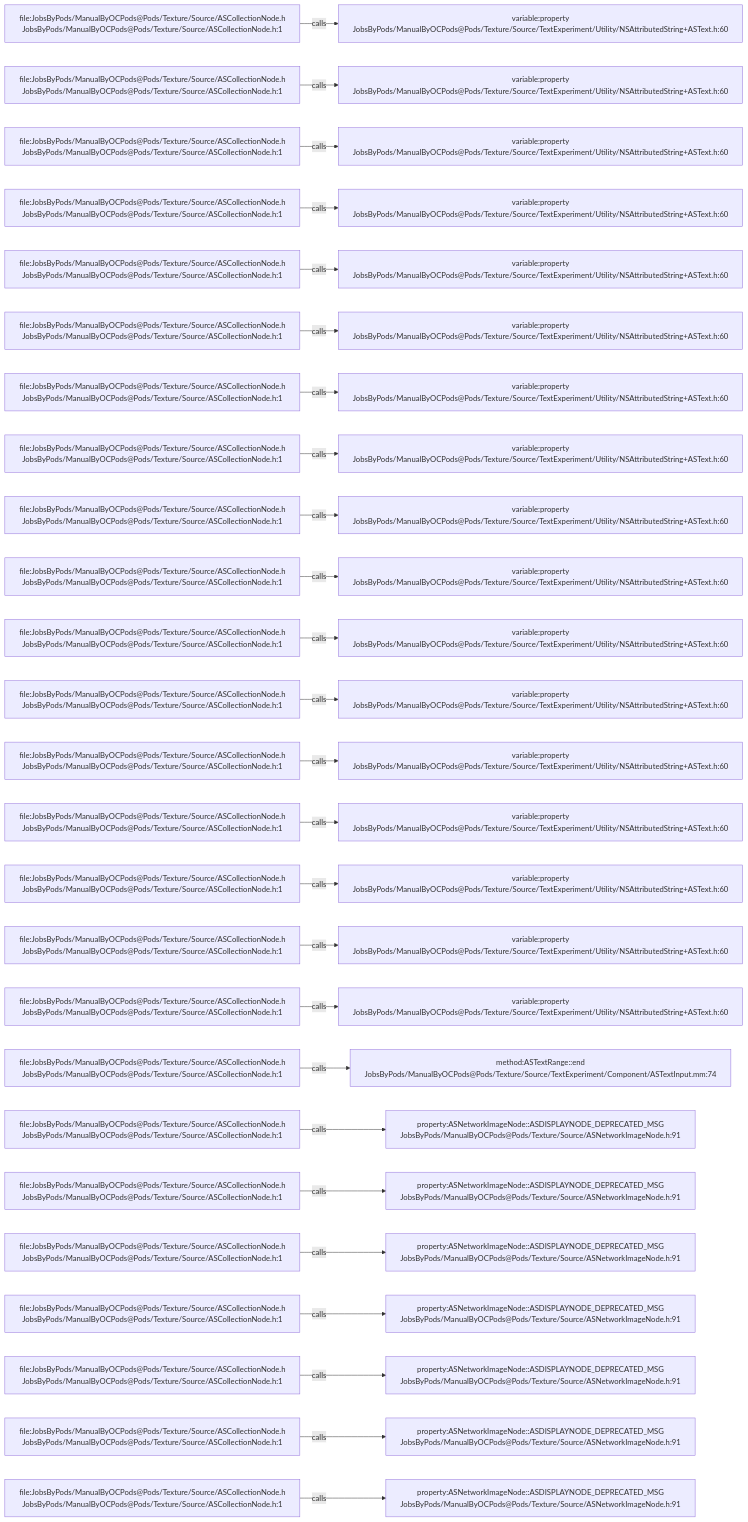
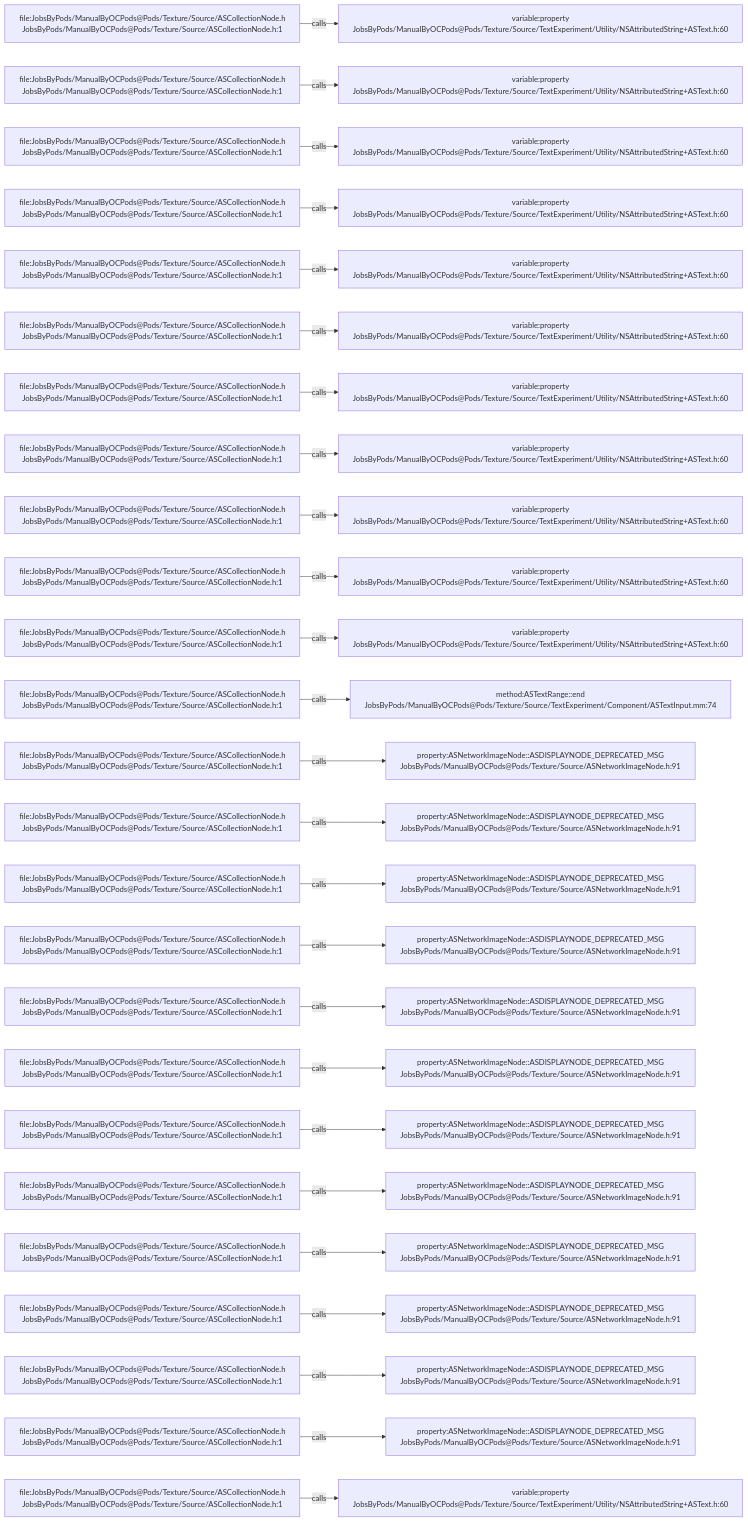
Before and after one commit to JobsKits/JobsOCBaseConfigDemo: the diagram in .codegraph/codegraph.md/graphs/calls-067.md, drawn with Mermaid. The commit also changed 666 other files, not shown here.

````diff
--- a/.codegraph/codegraph.md/graphs/calls-067.md
+++ b/.codegraph/codegraph.md/graphs/calls-067.md
@@ -13,78 +13,78 @@
 ```mermaid
 flowchart LR
   S1["file:JobsByPods/ManualByOCPods@Pods/Texture/Source/ASCollectionNode.h<br/>JobsByPods/ManualByOCPods@Pods/Texture/Source/ASCollectionNode.h:1"]
   T1["variable:property<br/>JobsByPods/ManualByOCPods@Pods/Texture/Source/TextExperiment/Utility/NSAttributedString+ASText.h:60"]
   S1 -->|calls| T1
   S2["file:JobsByPods/ManualByOCPods@Pods/Texture/Source/ASCollectionNode.h<br/>JobsByPods/ManualByOCPods@Pods/Texture/Source/ASCollectionNode.h:1"]
   T2["variable:property<br/>JobsByPods/ManualByOCPods@Pods/Texture/Source/TextExperiment/Utility/NSAttributedString+ASText.h:60"]
   S2 -->|calls| T2
   S3["file:JobsByPods/ManualByOCPods@Pods/Texture/Source/ASCollectionNode.h<br/>JobsByPods/ManualByOCPods@Pods/Texture/Source/ASCollectionNode.h:1"]
   T3["variable:property<br/>JobsByPods/ManualByOCPods@Pods/Texture/Source/TextExperiment/Utility/NSAttributedString+ASText.h:60"]
   S3 -->|calls| T3
   S4["file:JobsByPods/ManualByOCPods@Pods/Texture/Source/ASCollectionNode.h<br/>JobsByPods/ManualByOCPods@Pods/Texture/Source/ASCollectionNode.h:1"]
   T4["variable:property<br/>JobsByPods/ManualByOCPods@Pods/Texture/Source/TextExperiment/Utility/NSAttributedString+ASText.h:60"]
   S4 -->|calls| T4
   S5["file:JobsByPods/ManualByOCPods@Pods/Texture/Source/ASCollectionNode.h<br/>JobsByPods/ManualByOCPods@Pods/Texture/Source/ASCollectionNode.h:1"]
   T5["variable:property<br/>JobsByPods/ManualByOCPods@Pods/Texture/Source/TextExperiment/Utility/NSAttributedString+ASText.h:60"]
   S5 -->|calls| T5
   S6["file:JobsByPods/ManualByOCPods@Pods/Texture/Source/ASCollectionNode.h<br/>JobsByPods/ManualByOCPods@Pods/Texture/Source/ASCollectionNode.h:1"]
   T6["variable:property<br/>JobsByPods/ManualByOCPods@Pods/Texture/Source/TextExperiment/Utility/NSAttributedString+ASText.h:60"]
   S6 -->|calls| T6
   S7["file:JobsByPods/ManualByOCPods@Pods/Texture/Source/ASCollectionNode.h<br/>JobsByPods/ManualByOCPods@Pods/Texture/Source/ASCollectionNode.h:1"]
   T7["variable:property<br/>JobsByPods/ManualByOCPods@Pods/Texture/Source/TextExperiment/Utility/NSAttributedString+ASText.h:60"]
   S7 -->|calls| T7
   S8["file:JobsByPods/ManualByOCPods@Pods/Texture/Source/ASCollectionNode.h<br/>JobsByPods/ManualByOCPods@Pods/Texture/Source/ASCollectionNode.h:1"]
   T8["variable:property<br/>JobsByPods/ManualByOCPods@Pods/Texture/Source/TextExperiment/Utility/NSAttributedString+ASText.h:60"]
   S8 -->|calls| T8
   S9["file:JobsByPods/ManualByOCPods@Pods/Texture/Source/ASCollectionNode.h<br/>JobsByPods/ManualByOCPods@Pods/Texture/Source/ASCollectionNode.h:1"]
   T9["variable:property<br/>JobsByPods/ManualByOCPods@Pods/Texture/Source/TextExperiment/Utility/NSAttributedString+ASText.h:60"]
   S9 -->|calls| T9
   S10["file:JobsByPods/ManualByOCPods@Pods/Texture/Source/ASCollectionNode.h<br/>JobsByPods/ManualByOCPods@Pods/Texture/Source/ASCollectionNode.h:1"]
   T10["variable:property<br/>JobsByPods/ManualByOCPods@Pods/Texture/Source/TextExperiment/Utility/NSAttributedString+ASText.h:60"]
   S10 -->|calls| T10
   S11["file:JobsByPods/ManualByOCPods@Pods/Texture/Source/ASCollectionNode.h<br/>JobsByPods/ManualByOCPods@Pods/Texture/Source/ASCollectionNode.h:1"]
   T11["variable:property<br/>JobsByPods/ManualByOCPods@Pods/Texture/Source/TextExperiment/Utility/NSAttributedString+ASText.h:60"]
   S11 -->|calls| T11
   S12["file:JobsByPods/ManualByOCPods@Pods/Texture/Source/ASCollectionNode.h<br/>JobsByPods/ManualByOCPods@Pods/Texture/Source/ASCollectionNode.h:1"]
-  T12["variable:property<br/>JobsByPods/ManualByOCPods@Pods/Texture/Source/TextExperiment/Utility/NSAttributedString+ASText.h:60"]
+  T12["method:ASTextRange::end<br/>JobsByPods/ManualByOCPods@Pods/Texture/Source/TextExperiment/Component/ASTextInput.mm:74"]
   S12 -->|calls| T12
   S13["file:JobsByPods/ManualByOCPods@Pods/Texture/Source/ASCollectionNode.h<br/>JobsByPods/ManualByOCPods@Pods/Texture/Source/ASCollectionNode.h:1"]
-  T13["variable:property<br/>JobsByPods/ManualByOCPods@Pods/Texture/Source/TextExperiment/Utility/NSAttributedString+ASText.h:60"]
+  T13["property:ASNetworkImageNode::ASDISPLAYNODE_DEPRECATED_MSG<br/>JobsByPods/ManualByOCPods@Pods/Texture/Source/ASNetworkImageNode.h:91"]
   S13 -->|calls| T13
   S14["file:JobsByPods/ManualByOCPods@Pods/Texture/Source/ASCollectionNode.h<br/>JobsByPods/ManualByOCPods@Pods/Texture/Source/ASCollectionNode.h:1"]
-  T14["variable:property<br/>JobsByPods/ManualByOCPods@Pods/Texture/Source/TextExperiment/Utility/NSAttributedString+ASText.h:60"]
+  T14["property:ASNetworkImageNode::ASDISPLAYNODE_DEPRECATED_MSG<br/>JobsByPods/ManualByOCPods@Pods/Texture/Source/ASNetworkImageNode.h:91"]
   S14 -->|calls| T14
   S15["file:JobsByPods/ManualByOCPods@Pods/Texture/Source/ASCollectionNode.h<br/>JobsByPods/ManualByOCPods@Pods/Texture/Source/ASCollectionNode.h:1"]
-  T15["variable:property<br/>JobsByPods/ManualByOCPods@Pods/Texture/Source/TextExperiment/Utility/NSAttributedString+ASText.h:60"]
+  T15["property:ASNetworkImageNode::ASDISPLAYNODE_DEPRECATED_MSG<br/>JobsByPods/ManualByOCPods@Pods/Texture/Source/ASNetworkImageNode.h:91"]
   S15 -->|calls| T15
   S16["file:JobsByPods/ManualByOCPods@Pods/Texture/Source/ASCollectionNode.h<br/>JobsByPods/ManualByOCPods@Pods/Texture/Source/ASCollectionNode.h:1"]
-  T16["variable:property<br/>JobsByPods/ManualByOCPods@Pods/Texture/Source/TextExperiment/Utility/NSAttributedString+ASText.h:60"]
+  T16["property:ASNetworkImageNode::ASDISPLAYNODE_DEPRECATED_MSG<br/>JobsByPods/ManualByOCPods@Pods/Texture/Source/ASNetworkImageNode.h:91"]
   S16 -->|calls| T16
   S17["file:JobsByPods/ManualByOCPods@Pods/Texture/Source/ASCollectionNode.h<br/>JobsByPods/ManualByOCPods@Pods/Texture/Source/ASCollectionNode.h:1"]
-  T17["variable:property<br/>JobsByPods/ManualByOCPods@Pods/Texture/Source/TextExperiment/Utility/NSAttributedString+ASText.h:60"]
+  T17["property:ASNetworkImageNode::ASDISPLAYNODE_DEPRECATED_MSG<br/>JobsByPods/ManualByOCPods@Pods/Texture/Source/ASNetworkImageNode.h:91"]
   S17 -->|calls| T17
   S18["file:JobsByPods/ManualByOCPods@Pods/Texture/Source/ASCollectionNode.h<br/>JobsByPods/ManualByOCPods@Pods/Texture/Source/ASCollectionNode.h:1"]
-  T18["method:ASTextRange::end<br/>JobsByPods/ManualByOCPods@Pods/Texture/Source/TextExperiment/Component/ASTextInput.mm:74"]
+  T18["property:ASNetworkImageNode::ASDISPLAYNODE_DEPRECATED_MSG<br/>JobsByPods/ManualByOCPods@Pods/Texture/Source/ASNetworkImageNode.h:91"]
   S18 -->|calls| T18
   S19["file:JobsByPods/ManualByOCPods@Pods/Texture/Source/ASCollectionNode.h<br/>JobsByPods/ManualByOCPods@Pods/Texture/Source/ASCollectionNode.h:1"]
   T19["property:ASNetworkImageNode::ASDISPLAYNODE_DEPRECATED_MSG<br/>JobsByPods/ManualByOCPods@Pods/Texture/Source/ASNetworkImageNode.h:91"]
   S19 -->|calls| T19
   S20["file:JobsByPods/ManualByOCPods@Pods/Texture/Source/ASCollectionNode.h<br/>JobsByPods/ManualByOCPods@Pods/Texture/Source/ASCollectionNode.h:1"]
   T20["property:ASNetworkImageNode::ASDISPLAYNODE_DEPRECATED_MSG<br/>JobsByPods/ManualByOCPods@Pods/Texture/Source/ASNetworkImageNode.h:91"]
   S20 -->|calls| T20
   S21["file:JobsByPods/ManualByOCPods@Pods/Texture/Source/ASCollectionNode.h<br/>JobsByPods/ManualByOCPods@Pods/Texture/Source/ASCollectionNode.h:1"]
   T21["property:ASNetworkImageNode::ASDISPLAYNODE_DEPRECATED_MSG<br/>JobsByPods/ManualByOCPods@Pods/Texture/Source/ASNetworkImageNode.h:91"]
   S21 -->|calls| T21
   S22["file:JobsByPods/ManualByOCPods@Pods/Texture/Source/ASCollectionNode.h<br/>JobsByPods/ManualByOCPods@Pods/Texture/Source/ASCollectionNode.h:1"]
   T22["property:ASNetworkImageNode::ASDISPLAYNODE_DEPRECATED_MSG<br/>JobsByPods/ManualByOCPods@Pods/Texture/Source/ASNetworkImageNode.h:91"]
   S22 -->|calls| T22
   S23["file:JobsByPods/ManualByOCPods@Pods/Texture/Source/ASCollectionNode.h<br/>JobsByPods/ManualByOCPods@Pods/Texture/Source/ASCollectionNode.h:1"]
   T23["property:ASNetworkImageNode::ASDISPLAYNODE_DEPRECATED_MSG<br/>JobsByPods/ManualByOCPods@Pods/Texture/Source/ASNetworkImageNode.h:91"]
   S23 -->|calls| T23
   S24["file:JobsByPods/ManualByOCPods@Pods/Texture/Source/ASCollectionNode.h<br/>JobsByPods/ManualByOCPods@Pods/Texture/Source/ASCollectionNode.h:1"]
   T24["property:ASNetworkImageNode::ASDISPLAYNODE_DEPRECATED_MSG<br/>JobsByPods/ManualByOCPods@Pods/Texture/Source/ASNetworkImageNode.h:91"]
   S24 -->|calls| T24
   S25["file:JobsByPods/ManualByOCPods@Pods/Texture/Source/ASCollectionNode.h<br/>JobsByPods/ManualByOCPods@Pods/Texture/Source/ASCollectionNode.h:1"]
-  T25["property:ASNetworkImageNode::ASDISPLAYNODE_DEPRECATED_MSG<br/>JobsByPods/ManualByOCPods@Pods/Texture/Source/ASNetworkImageNode.h:91"]
+  T25["variable:property<br/>JobsByPods/ManualByOCPods@Pods/Texture/Source/TextExperiment/Utility/NSAttributedString+ASText.h:60"]
   S25 -->|calls| T25
 ```
````
